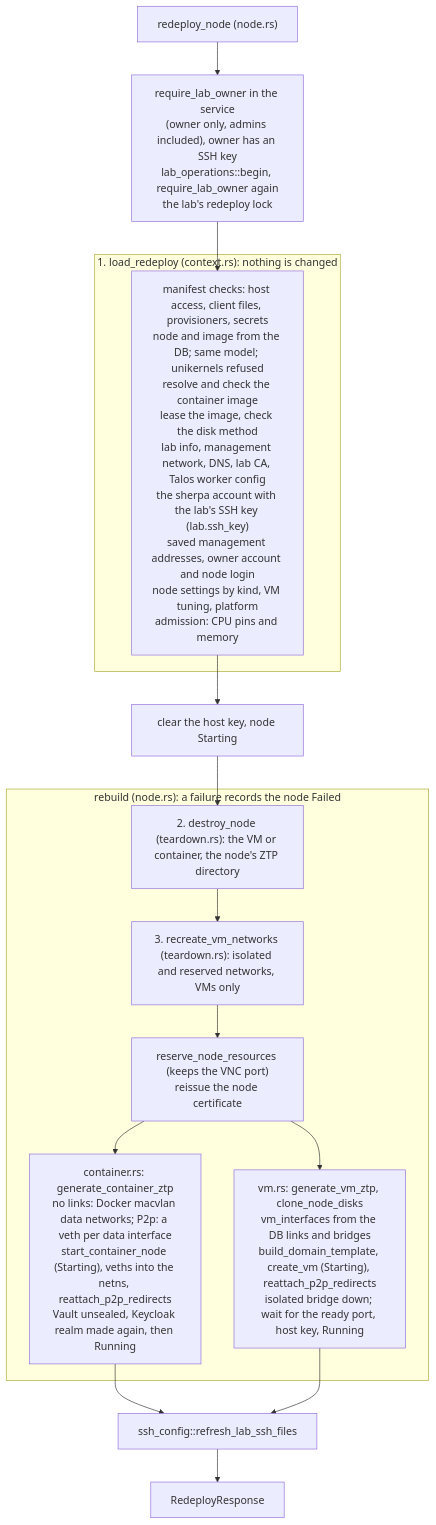
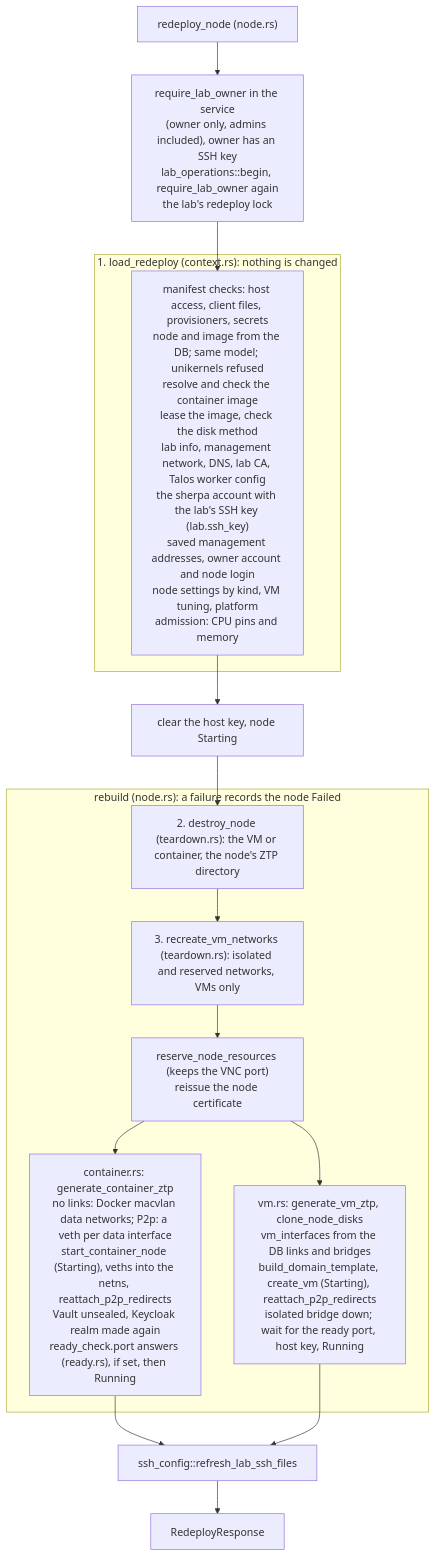
Diagram 16 of 26 in docs/architecture/SERVER.md (bwks/sherpa), drawn with Mermaid before and after one commit. The commit also changed other lines of this file and 11 other files, not shown here.

First line of the commit message:
feat(server): containers honour ready_check.port

````diff
--- a/docs/architecture/SERVER.md
+++ b/docs/architecture/SERVER.md
@@ -817,19 +817,19 @@
 ```mermaid
 flowchart TB
     request["redeploy_node (node.rs)"] --> owner["require_lab_owner in the service<br/>(owner only, admins included), owner has an SSH key<br/>lab_operations::begin, require_lab_owner again<br/>the lab's redeploy lock"]
     owner --> load
     subgraph stage1["1. load_redeploy (context.rs): nothing is changed"]
         load["manifest checks: host access, client files, provisioners, secrets<br/>node and image from the DB; same model; unikernels refused<br/>resolve and check the container image<br/>lease the image, check the disk method<br/>lab info, management network, DNS, lab CA, Talos worker config<br/>the sherpa account with the lab's SSH key (lab.ssh_key)<br/>saved management addresses, owner account and node login<br/>node settings by kind, VM tuning, platform<br/>admission: CPU pins and memory"]
     end
     load --> starting["clear the host key, node Starting"]
     starting --> destroy
     subgraph rebuild["rebuild (node.rs): a failure records the node Failed"]
         destroy["2. destroy_node (teardown.rs): the VM or container, the node's ZTP directory"] --> vmnets["3. recreate_vm_networks (teardown.rs): isolated and reserved networks, VMs only"]
         vmnets --> resources["reserve_node_resources (keeps the VNC port)<br/>reissue the node certificate"]
-        resources --> ctr["container.rs: generate_container_ztp<br/>no links: Docker macvlan data networks; P2p: a veth per data interface<br/>start_container_node (Starting), veths into the netns, reattach_p2p_redirects<br/>Vault unsealed, Keycloak realm made again, then Running"]
+        resources --> ctr["container.rs: generate_container_ztp<br/>no links: Docker macvlan data networks; P2p: a veth per data interface<br/>start_container_node (Starting), veths into the netns, reattach_p2p_redirects<br/>Vault unsealed, Keycloak realm made again<br/>ready_check.port answers (ready.rs), if set, then Running"]
         resources --> vm["vm.rs: generate_vm_ztp, clone_node_disks<br/>vm_interfaces from the DB links and bridges<br/>build_domain_template, create_vm (Starting), reattach_p2p_redirects<br/>isolated bridge down; wait for the ready port, host key, Running"]
     end
     ctr --> ssh["ssh_config::refresh_lab_ssh_files"]
     vm --> ssh
     ssh --> stream["RedeployResponse"]
 ```
````
